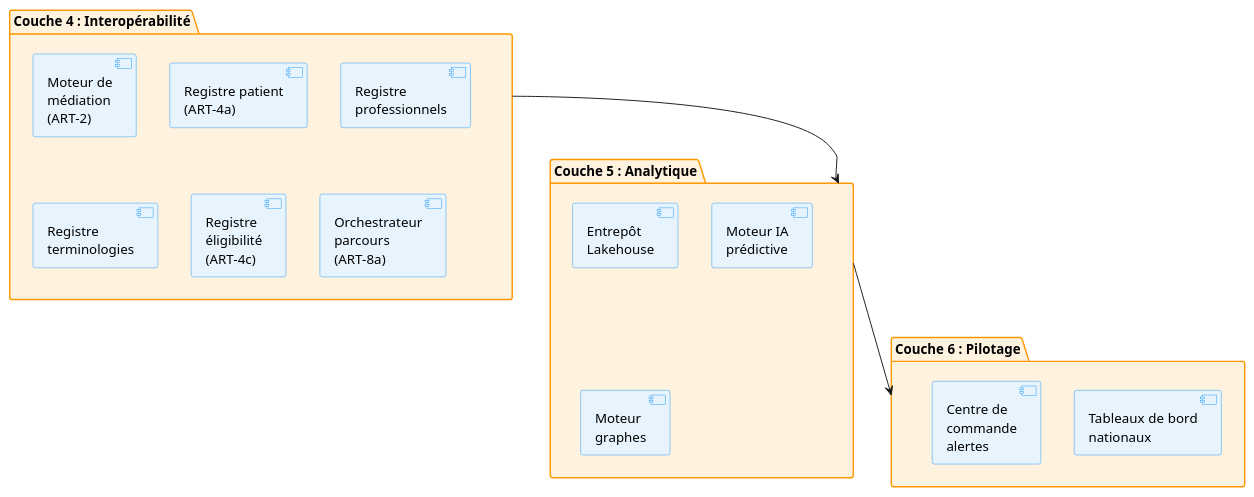
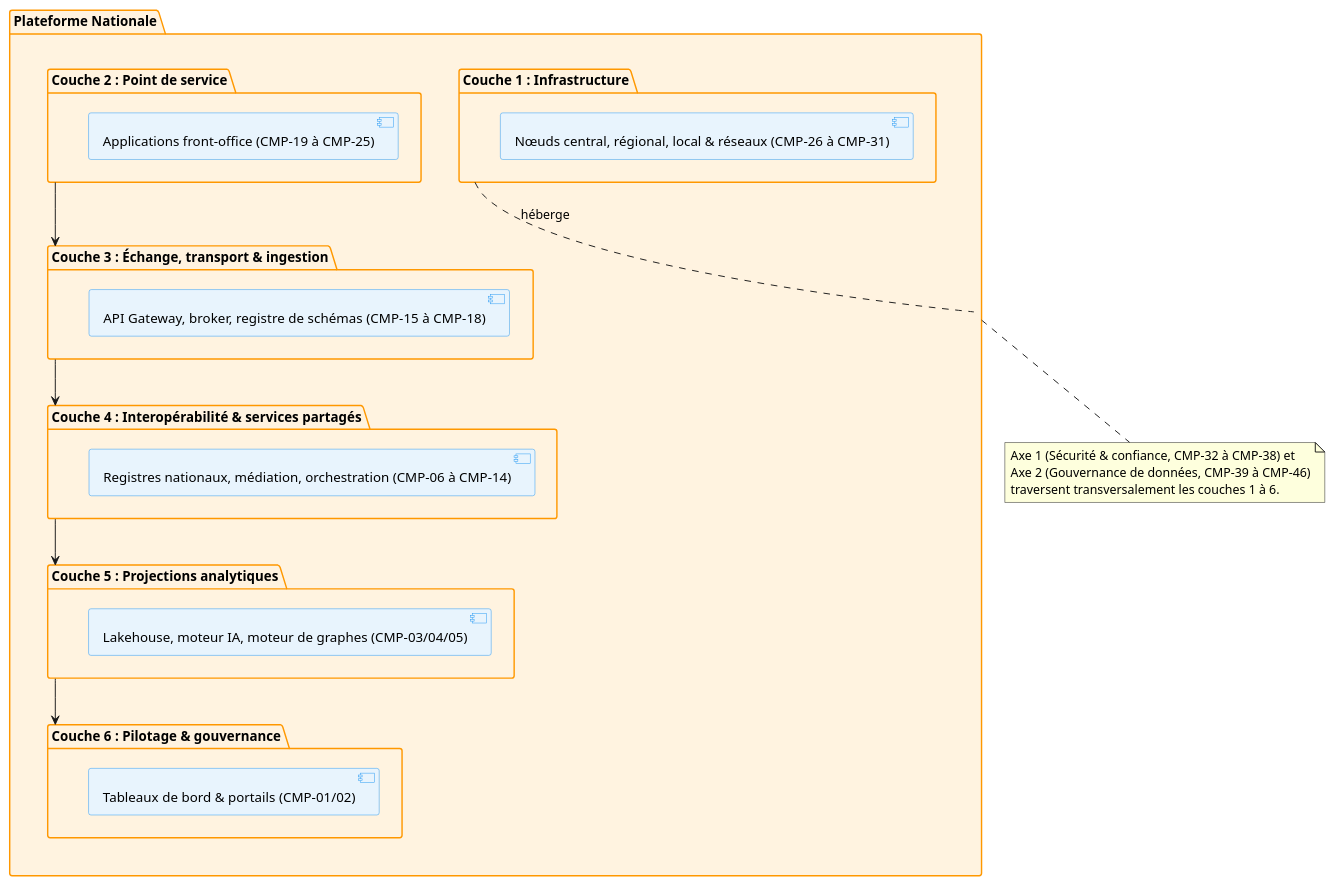
Before and after one commit to Data-Fi-Madagascar/health-enterprise-architecture: the second of 3 diagrams in 02_artsn/04_cartographie-cible/index.md, drawn with PlantUML. The commit also changed other lines of this file, not shown here.

First line of the commit message:
artsn: corrige les diagrammes C4 de la cartographie cible

````diff
--- a/02_artsn/04_cartographie-cible/index.md
+++ b/02_artsn/04_cartographie-cible/index.md
@@ -245,36 +239,45 @@
 ```plantuml
 @startuml
 skinparam component {
   BackgroundColor #E8F4FD
   BorderColor #2196F3
 }
 skinparam package {
   BackgroundColor #FFF3E0
   BorderColor #FF9800
 }
 
-package "Couche 4 : Interopérabilité" as C4 {
-  component "Moteur de\nmédiation\n(ART-2)" as MED
-  component "Registre patient\n(ART-4a)" as PAT
-  component "Registre\nprofessionnels" as PRO
-  component "Registre\nterminologies" as TERM
-  component "Registre\néligibilité\n(ART-4c)" as ELIG
-  component "Orchestrateur\nparcours\n(ART-8a)" as ORCH
+package "Plateforme Nationale" as PLAT {
+  package "Couche 6 : Pilotage & gouvernance" as C6 {
+    component "Tableaux de bord & portails (CMP-01/02)"
+  }
+  package "Couche 5 : Projections analytiques" as C5 {
+    component "Lakehouse, moteur IA, moteur de graphes (CMP-03/04/05)"
+  }
+  package "Couche 4 : Interopérabilité & services partagés" as C4 {
+    component "Registres nationaux, médiation, orchestration (CMP-06 à CMP-14)"
+  }
+  package "Couche 3 : Échange, transport & ingestion" as C3 {
+    component "API Gateway, broker, registre de schémas (CMP-15 à CMP-18)"
+  }
+  package "Couche 2 : Point de service" as C2 {
+    component "Applications front-office (CMP-19 à CMP-25)"
+  }
+  package "Couche 1 : Infrastructure" as C1 {
+    component "Nœuds central, régional, local & réseaux (CMP-26 à CMP-31)"
+  }
 }
 
-package "Couche 5 : Analytique" as C5 {
-  component "Entrepôt\nLakehouse" as ENT
-  component "Moteur IA\nprédictive" as IA
-  component "Moteur\ngraphes" as GRAPH
-}
-
-package "Couche 6 : Pilotage" as C6 {
-  component "Tableaux de bord\nnationaux" as DASH
-  component "Centre de\ncommande\nalertes" as CMD
-}
-
+C2 --> C3
+C3 --> C4
 C4 --> C5
 C5 --> C6
+C1 .. PLAT : héberge
 
+note bottom of PLAT
+  Axe 1 (Sécurité & confiance, CMP-32 à CMP-38) et
+  Axe 2 (Gouvernance de données, CMP-39 à CMP-46)
+  traversent transversalement les couches 1 à 6.
+end note
 @enduml
 ```
````
